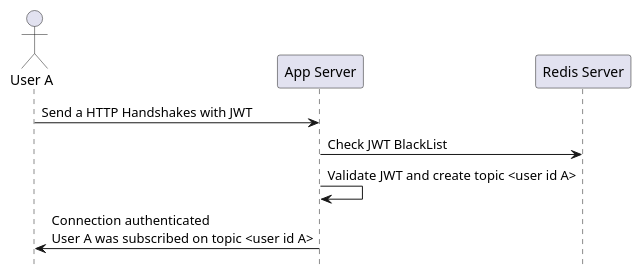
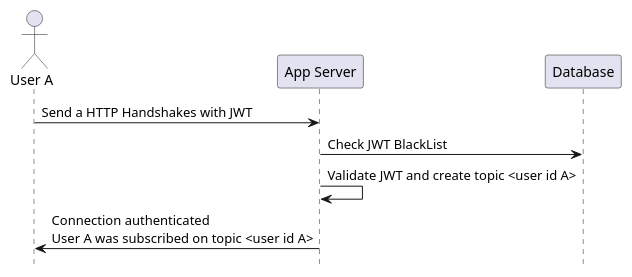
Before and after one commit to truongnh28/pchat: the diagram in docs/Handshake-and-subscribe.puml, drawn with PlantUML. The commit also changed 40 other files, not shown here.

```diff
--- a/docs/Handshake-and-subscribe.puml
+++ b/docs/Handshake-and-subscribe.puml
@@ -1,11 +1,11 @@
 @startuml
 hide footbox
 
 actor "User A"
 
 "User A" -> "App Server": Send a HTTP Handshakes with JWT
-"App Server" -> "Redis Server": Check JWT BlackList
+"App Server" -> "Database": Check JWT BlackList
 "App Server" -> "App Server": Validate JWT and create topic <user id A>
 "App Server" -> "User A": Connection authenticated\nUser A was subscribed on topic <user id A>
 
 @enduml
```
